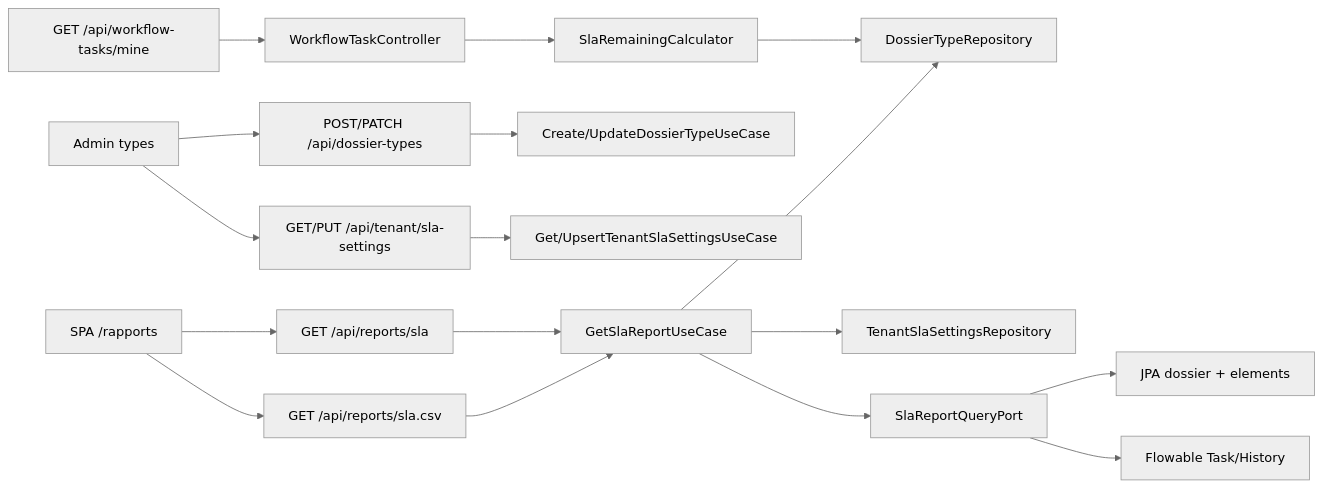
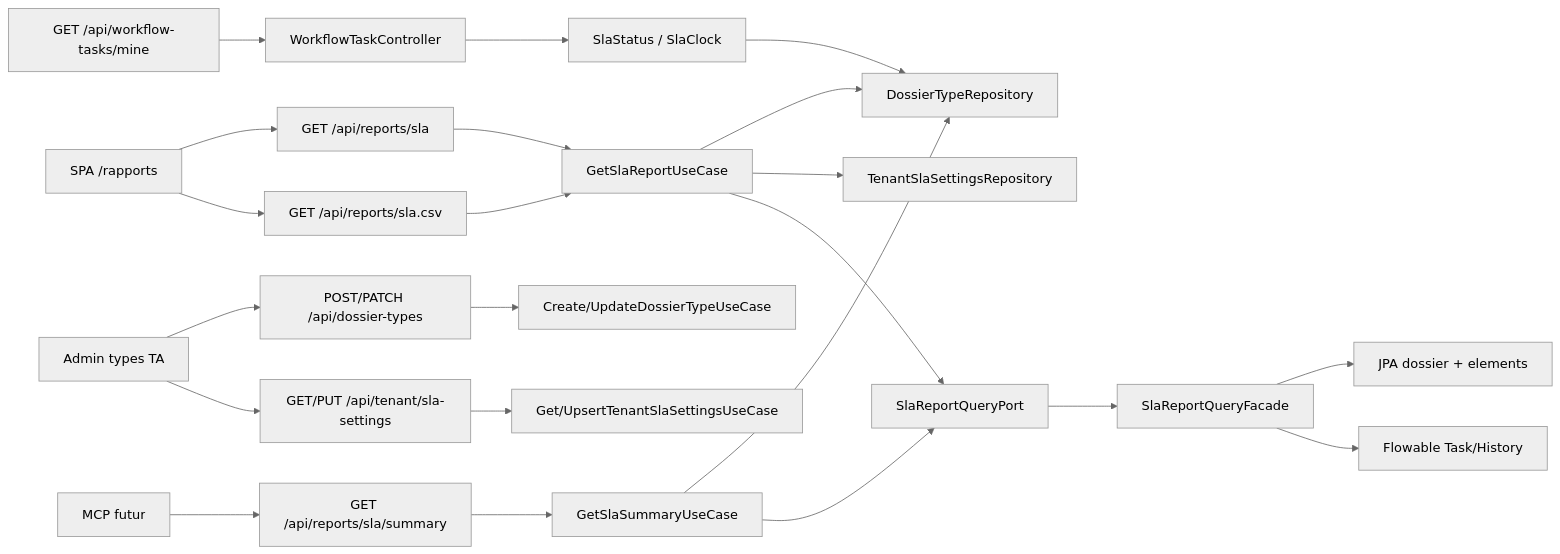
One commit to superjojo79/Myrmacta changed the diagram in docs/ai/design/2026-08-26-feature-reporting-sla.md. Above: the diagram before and after it, drawn with Mermaid (neutral theme). The commit also changed other lines of this file and 1 other file, not shown here.

Commit message:
docs(reporting-sla): Phase 3 design — summary, AT_RISK, DD-CLEAR-FLAG

````diff
--- a/docs/ai/design/2026-08-26-feature-reporting-sla.md
+++ b/docs/ai/design/2026-08-26-feature-reporting-sla.md
@@ -22,19 +28,24 @@
 ```mermaid
 flowchart LR
   spa["SPA /rapports"] --> snap["GET /api/reports/sla"]
   spa --> csv["GET /api/reports/sla.csv"]
-  admin["Admin types"] --> types["POST/PATCH /api/dossier-types"]
+  mcp["MCP futur"] --> sum["GET /api/reports/sla/summary"]
+  admin["Admin types TA"] --> types["POST/PATCH /api/dossier-types"]
   admin --> slaSet["GET/PUT /api/tenant/sla-settings"]
   inbox["GET /api/workflow-tasks/mine"] --> tasksCtrl[WorkflowTaskController]
   snap --> getUc[GetSlaReportUseCase]
   csv --> getUc
+  sum --> sumUc[GetSlaSummaryUseCase]
   slaSet --> slaUc[Get/UpsertTenantSlaSettingsUseCase]
   types --> typeUc[Create/UpdateDossierTypeUseCase]
   getUc --> typeRepo[DossierTypeRepository]
   getUc --> slaRepo[TenantSlaSettingsRepository]
   getUc --> stats[SlaReportQueryPort]
-  stats --> jpa[JPA dossier + elements]
-  stats --> flowable[Flowable Task/History]
-  tasksCtrl --> remain[SlaRemainingCalculator]
+  sumUc --> typeRepo
+  sumUc --> stats
+  stats --> facade[SlaReportQueryFacade]
+  facade --> jpa[JPA dossier + elements]
+  facade --> flowable[Flowable Task/History]
+  tasksCtrl --> remain[SlaStatus / SlaClock]
   remain --> typeRepo
 ```
````
